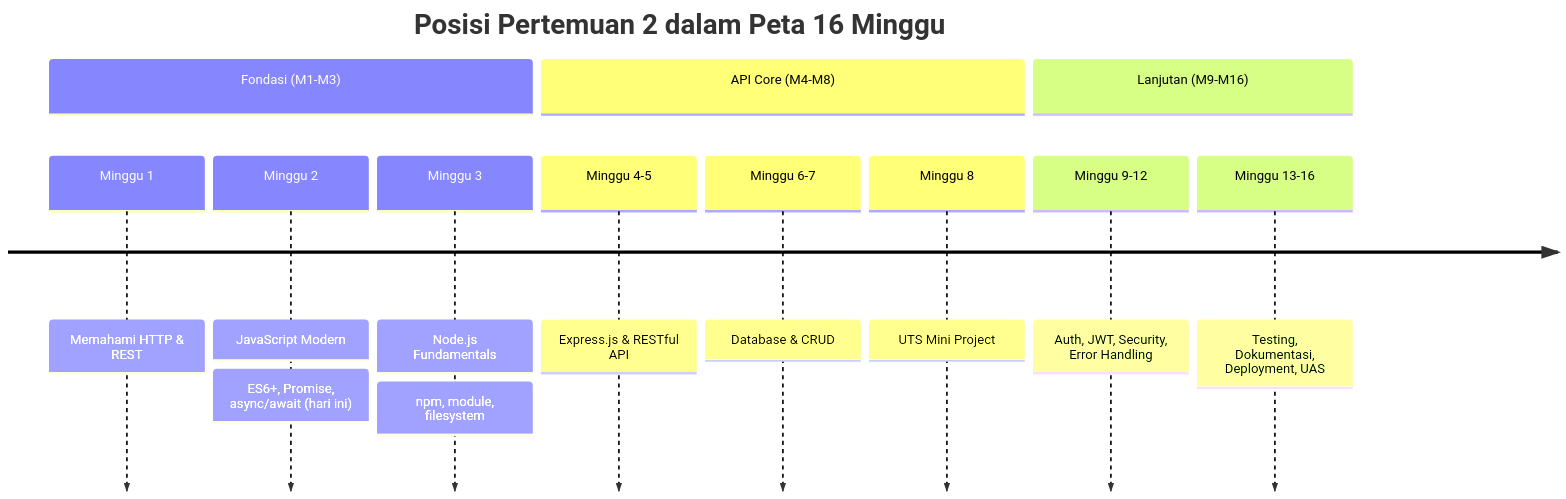
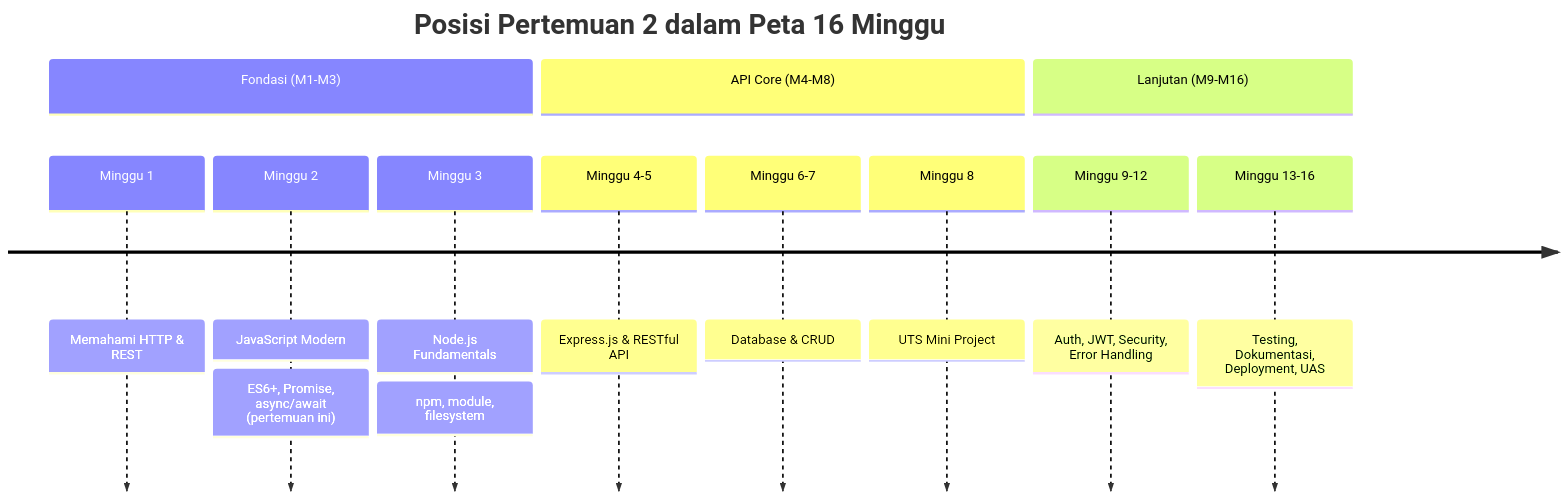
Before and after one commit to PBWFEND/Prak-backend: the first of 5 diagrams in pertemuan-02/02-Pertemuan-2.md, drawn with Mermaid. The commit also changed other lines of this file and 5 other files, not shown here.

````diff
--- a/pertemuan-02/02-Pertemuan-2.md
+++ b/pertemuan-02/02-Pertemuan-2.md
@@ -56,15 +56,15 @@
 ```mermaid
 timeline
     title Posisi Pertemuan 2 dalam Peta 16 Minggu
     section Fondasi (M1-M3)
         Minggu 1 : Memahami HTTP & REST
-        Minggu 2 : JavaScript Modern : ES6+, Promise, async/await (hari ini)
+        Minggu 2 : JavaScript Modern : ES6+, Promise, async/await (pertemuan ini)
         Minggu 3 : Node.js Fundamentals : npm, module, filesystem
     section API Core (M4-M8)
         Minggu 4-5 : Express.js & RESTful API
         Minggu 6-7 : Database & CRUD
         Minggu 8 : UTS Mini Project
     section Lanjutan (M9-M16)
         Minggu 9-12 : Auth, JWT, Security, Error Handling
         Minggu 13-16 : Testing, Dokumentasi, Deployment, UAS
 ```
````
